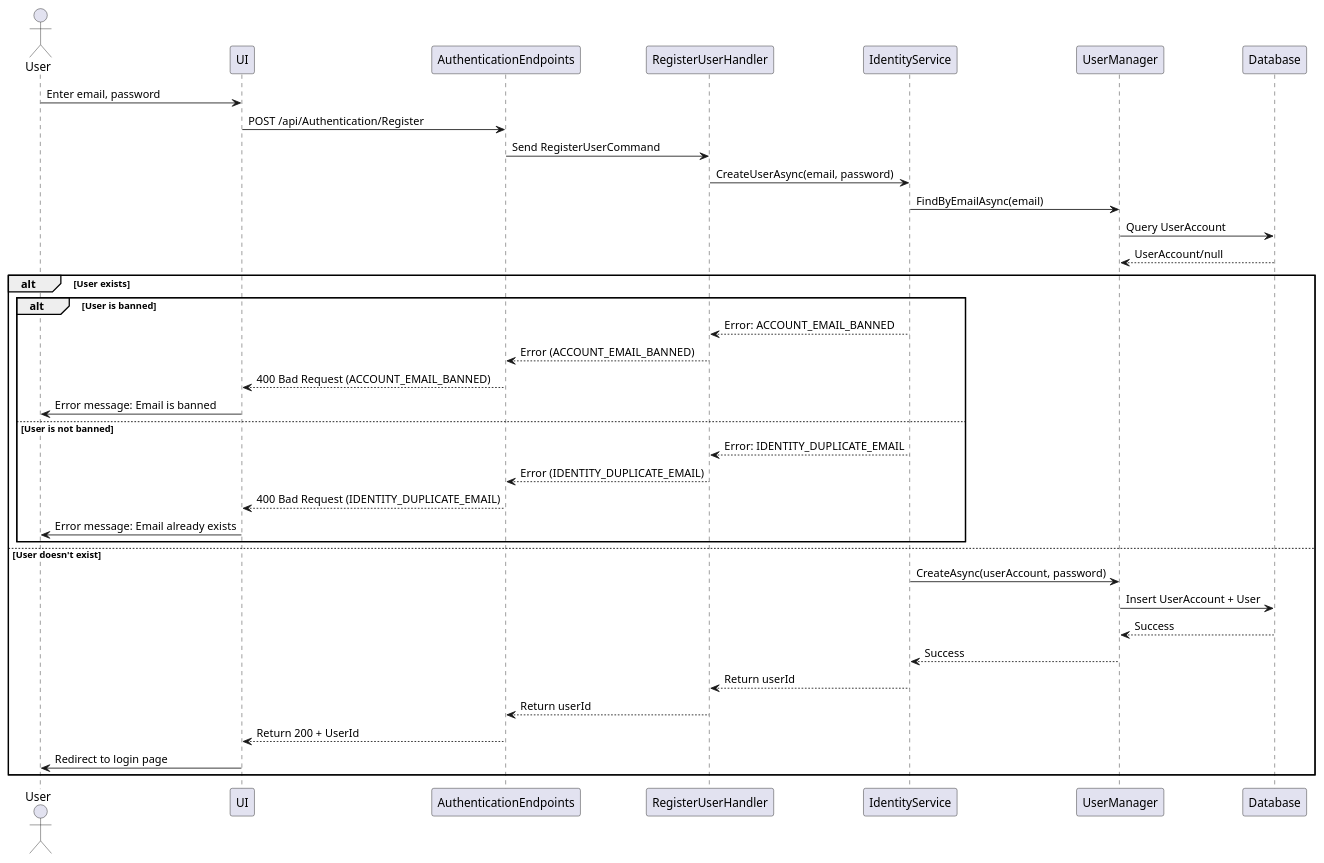
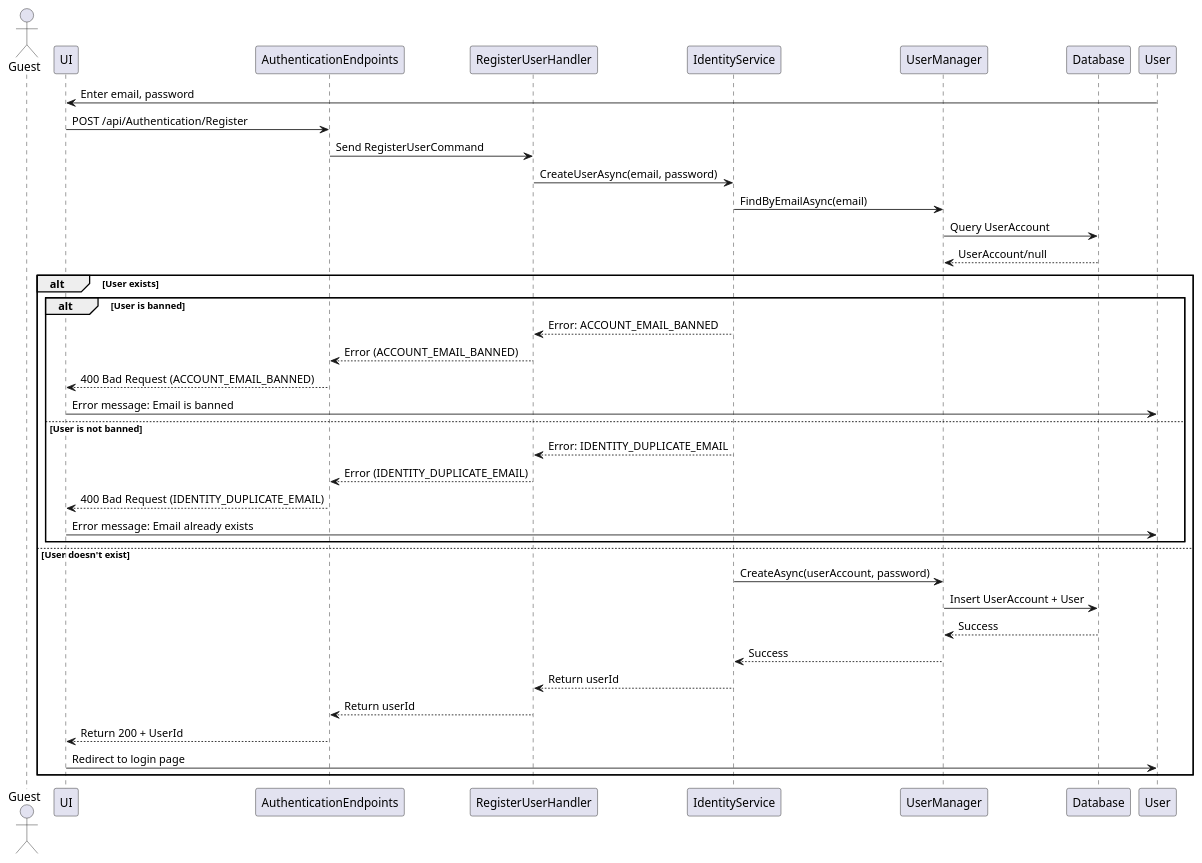
One commit to thanhkhac/SEP_Diagram changed the diagram in authentication/Sequence/01_Register.puml. Above: the diagram before and after it, drawn with PlantUML. The commit also changed 11 other files, not shown here.

First line of the commit message:
Update authentication sequence diagrams and add SetPassword flow

```diff
--- a/authentication/Sequence/01_Register.puml
+++ b/authentication/Sequence/01_Register.puml
@@ -1,39 +1,39 @@
 @startuml
-actor User
+actor Guest
 participant UI
 participant AuthenticationEndpoints
 participant RegisterUserHandler
 participant IdentityService
 participant UserManager
 participant Database
 
 User -> UI : Enter email, password
 UI -> AuthenticationEndpoints : POST /api/Authentication/Register
 AuthenticationEndpoints -> RegisterUserHandler : Send RegisterUserCommand
 RegisterUserHandler -> IdentityService : CreateUserAsync(email, password)
 IdentityService -> UserManager : FindByEmailAsync(email)
 UserManager -> Database : Query UserAccount
 Database --> UserManager : UserAccount/null
 alt User exists
     alt User is banned
         IdentityService --> RegisterUserHandler : Error: ACCOUNT_EMAIL_BANNED
         RegisterUserHandler --> AuthenticationEndpoints : Error (ACCOUNT_EMAIL_BANNED)
         AuthenticationEndpoints --> UI : 400 Bad Request (ACCOUNT_EMAIL_BANNED)
         UI -> User : Error message: Email is banned
     else User is not banned
         IdentityService --> RegisterUserHandler : Error: IDENTITY_DUPLICATE_EMAIL
         RegisterUserHandler --> AuthenticationEndpoints : Error (IDENTITY_DUPLICATE_EMAIL)
         AuthenticationEndpoints --> UI : 400 Bad Request (IDENTITY_DUPLICATE_EMAIL)
         UI -> User : Error message: Email already exists
     end
 else User doesn't exist
     IdentityService -> UserManager : CreateAsync(userAccount, password)
     UserManager -> Database : Insert UserAccount + User
     Database --> UserManager : Success
     UserManager --> IdentityService : Success
     IdentityService --> RegisterUserHandler : Return userId
     RegisterUserHandler --> AuthenticationEndpoints : Return userId
     AuthenticationEndpoints --> UI : Return 200 + UserId
     UI -> User : Redirect to login page
 end
 @enduml
```
